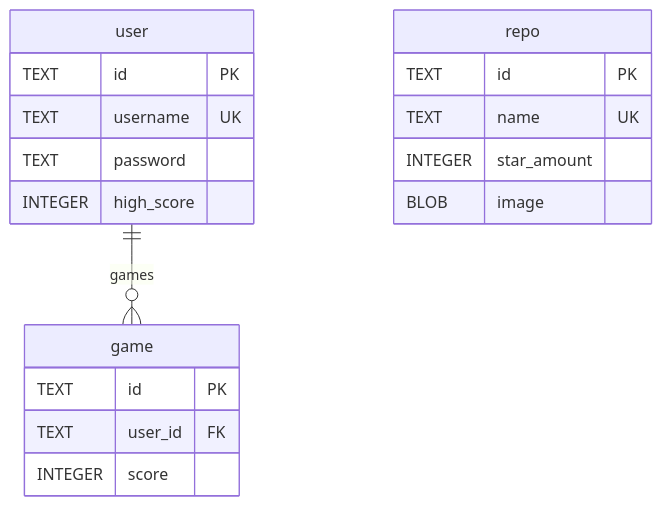
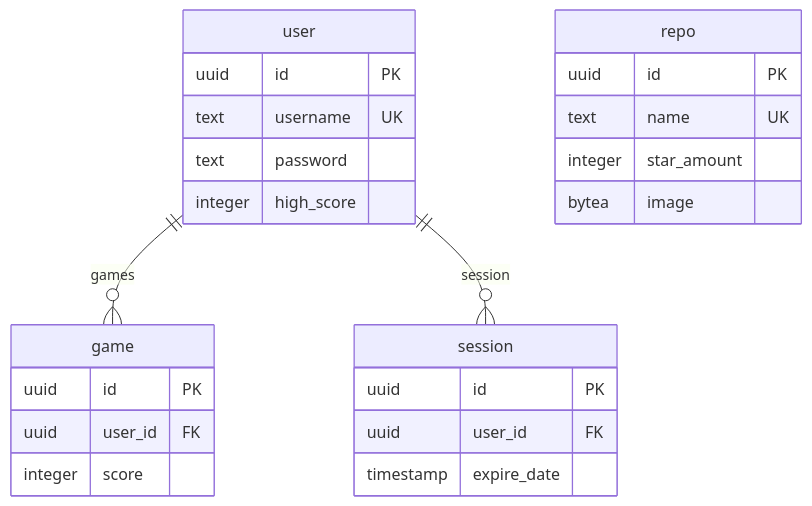
One commit to mwojtyna/hol-github changed the diagram in backend/docs/db_diagram.md. Above: the diagram before and after it, drawn with Mermaid. The commit also changed 11 other files, not shown here.

````diff
--- a/backend/docs/db_diagram.md
+++ b/backend/docs/db_diagram.md
@@ -8,24 +8,31 @@
 ```mermaid
 erDiagram
     user {
-        TEXT id PK
-        TEXT username UK
-        TEXT password
-        INTEGER high_score
+        uuid id PK
+        text username UK
+        text password
+        integer high_score
+    }
+
+    session {
+        uuid id PK
+        uuid user_id FK
+        timestamp expire_date
     }
 
     repo {
-        TEXT id PK
-        TEXT name UK
-        INTEGER star_amount
-        BLOB image
+        uuid id PK
+        text name UK
+        integer star_amount
+        bytea image
     }
 
     game {
-        TEXT id PK
-        TEXT user_id FK
-        INTEGER score
+        uuid id PK
+        uuid user_id FK
+        integer score
     }
 
     user 1--0+ game: "games"
+    user 1--0+ session: "session"
 ```
````
